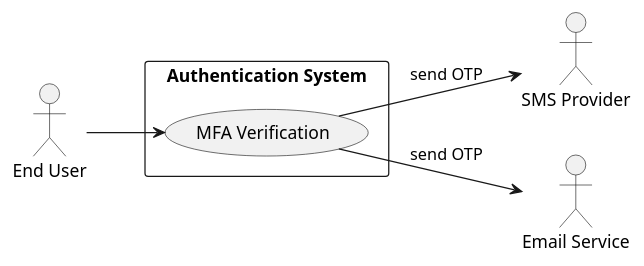
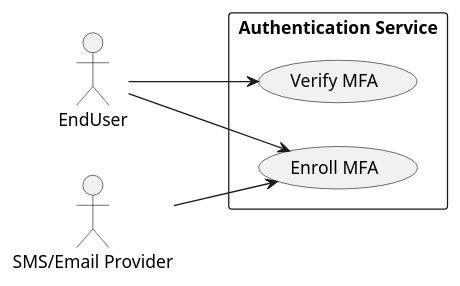
The fourth of 8 diagrams in .propel/context/docs/spec.md (Bimmi-kumari-singh/Agent-testing), drawn with PlantUML before and after one commit. The commit also changed other lines of this file, not shown here.

````diff
--- a/.propel/context/docs/spec.md
+++ b/.propel/context/docs/spec.md
@@ -370,18 +342,17 @@
 ```plantuml
 @startuml
 left to right direction
 skinparam packageStyle rectangle
 
-actor "End User" as User
-actor "SMS Provider" as SMS
-actor "Email Service" as Email
-
-rectangle "Authentication System" {
-  usecase (MFA Verification) as UC4
+actor EndUser
+actor "SMS/Email Provider" as Provider
+rectangle "Authentication Service" {
+  usecase (Enroll MFA) as UC4
+  usecase (Verify MFA) as UC4b
 }
 
-User --> UC4
-UC4 --> SMS : send OTP
-UC4 --> Email : send OTP
+EndUser --> UC4
+Provider --> UC4
+EndUser --> UC4b
 @enduml
 ```
````
